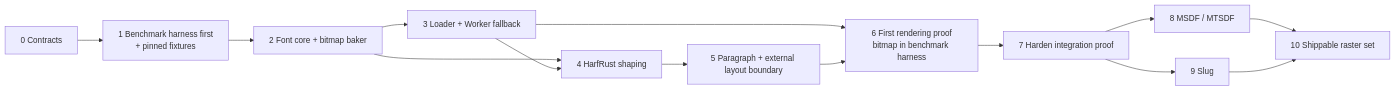
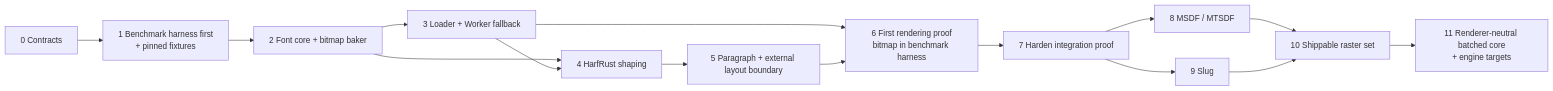
Before and after one commit to alvarosabu/glyph: the diagram in docs/roadmap/roadmap.md, drawn with Mermaid. The commit also changed other lines of this file and 33 other files, not shown here.

First line of the commit message:
docs: define target v1 core and engine contracts (#44)

````diff
--- a/docs/roadmap/roadmap.md
+++ b/docs/roadmap/roadmap.md
@@ -65,16 +75,17 @@
 ```mermaid
 flowchart LR
   M0["0 Contracts"] --> M1["1 Benchmark harness first<br/>+ pinned fixtures"]
   M1 --> M2["2 Font core + bitmap baker"]
   M2 --> M3["3 Loader + Worker fallback"]
   M2 --> M4["4 HarfRust shaping"]
   M3 --> M4
   M4 --> M5["5 Paragraph + external layout boundary"]
   M3 --> M6["6 First rendering proof<br/>bitmap in benchmark harness"]
   M5 --> M6
   M6 --> M7["7 Harden integration proof"]
   M7 --> M8["8 MSDF / MTSDF"]
   M7 --> M9["9 Slug"]
   M8 --> M10["10 Shippable raster set"]
   M9 --> M10
+  M10 --> M11["11 Renderer-neutral batched core<br/>+ engine targets"]
 ```
````
